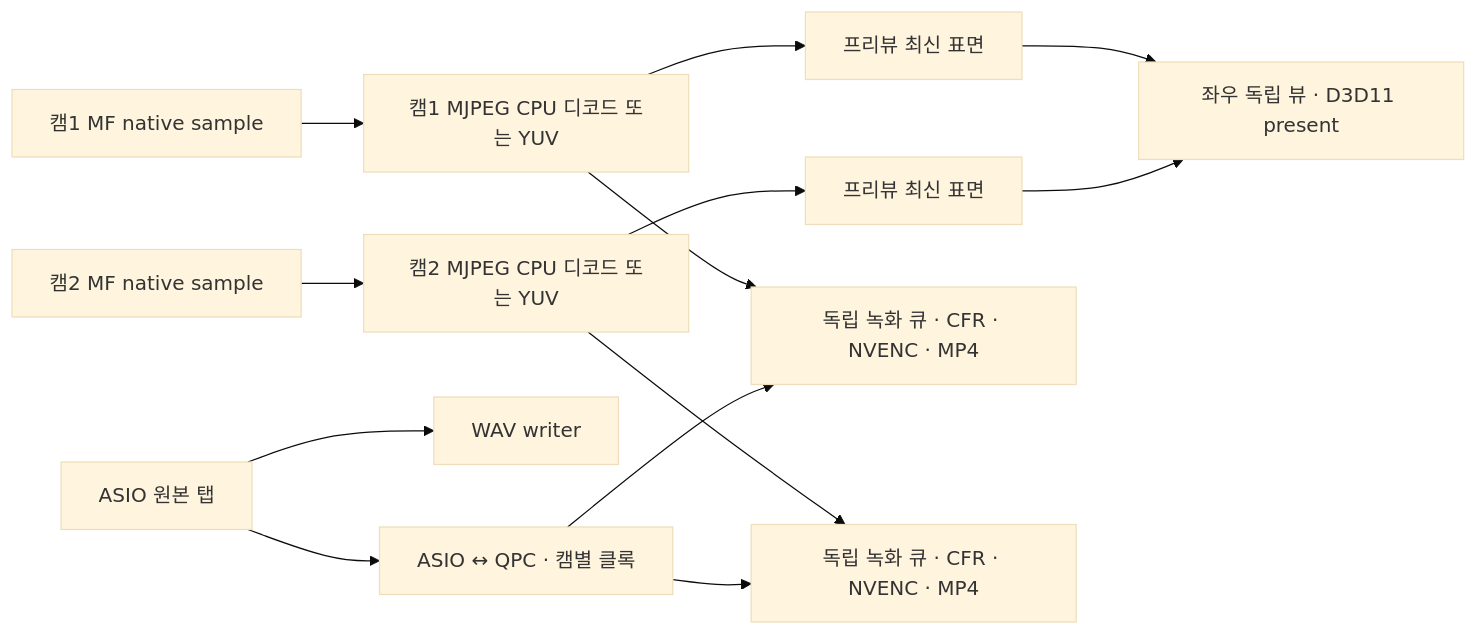
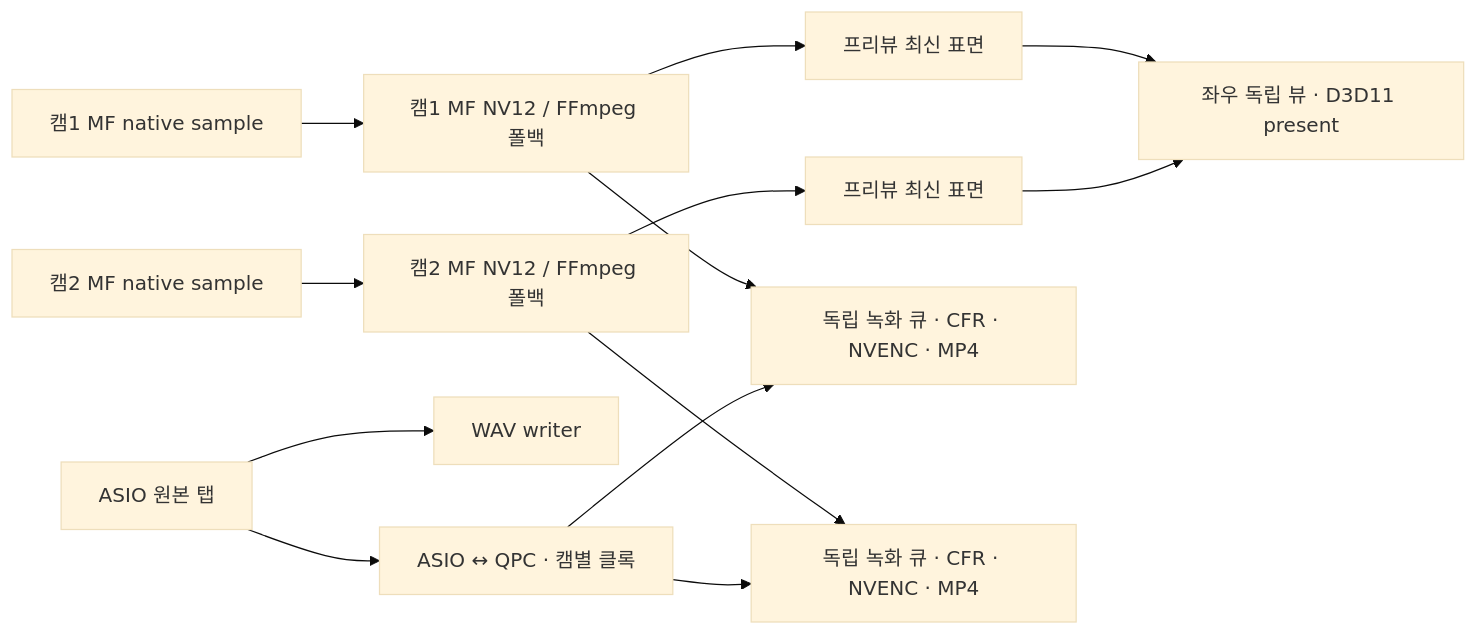
One commit to dnakrhs2-crypto/enqueue changed the diagram in docs/superpowers/specs/2026-09-09-recorder-design.md. Above: the diagram before and after it, drawn with Mermaid (base theme). The commit also changed other lines of this file and 29 other files, not shown here.

````diff
--- a/docs/superpowers/specs/2026-09-09-recorder-design.md
+++ b/docs/superpowers/specs/2026-09-09-recorder-design.md
@@ -173,15 +173,15 @@
 ```mermaid
 flowchart LR
-    C1["캠1 MF native sample"] --> D1["캠1 MJPEG CPU 디코드 또는 YUV"]
-    C2["캠2 MF native sample"] --> D2["캠2 MJPEG CPU 디코드 또는 YUV"]
+    C1["캠1 MF native sample"] --> D1["캠1 MF NV12 / FFmpeg 폴백"]
+    C2["캠2 MF native sample"] --> D2["캠2 MF NV12 / FFmpeg 폴백"]
     D1 --> P1["프리뷰 최신 표면"]
     D2 --> P2["프리뷰 최신 표면"]
     P1 --> V["좌우 독립 뷰 · D3D11 present"]
     P2 --> V
     D1 --> R1["독립 녹화 큐 · CFR · NVENC · MP4"]
     D2 --> R2["독립 녹화 큐 · CFR · NVENC · MP4"]
     A["ASIO 원본 탭"] --> W["WAV writer"]
     A --> Q["ASIO ↔ QPC · 캠별 클록"]
     Q --> R1
     Q --> R2
 ```
````
